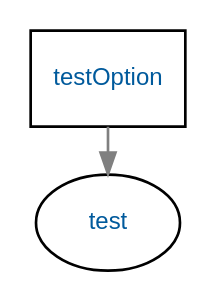
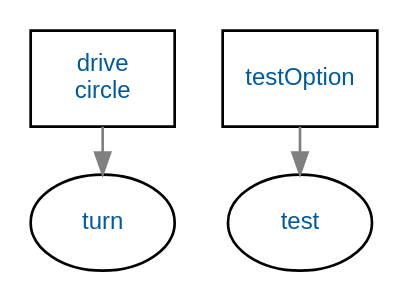
One commit to mrtndwrd/crax changed the diagram in JavaXabslImplementation/xabslTeam/xabsl-doc/svg/options.dot. Above: the diagram before and after it, drawn with Graphviz. The commit also changed 23 other files, not shown here.

```diff
--- a/JavaXabslImplementation/xabslTeam/xabsl-doc/svg/options.dot
+++ b/JavaXabslImplementation/xabslTeam/xabsl-doc/svg/options.dot
@@ -1,1 +1,1 @@
-digraph g {compound="true";bgcolor="";fontcolor="";fontname="";fontsize="";label="";margin="";nodesep="";rankdir="";ranksep="";ratio="";size="";node[label="testOption", color="",fillcolor="#FFFFFF",fixedsize="",fontcolor="#005A9C",fontname="Arial",fontsize="9",height="",shape="box",style="filled",URL="option.testOption.html",width="",] {option_testOption};node[label="test", color="",fillcolor="#FFFFFF",fixedsize="",fontcolor="#005A9C",fontname="Arial",fontsize="9",height="",shape="",style="filled",URL="basic-behaviors.my_basic_behaviors.html#test",width="",] {basic_behavior_test};edge[arrowhead="",arrowsize="0.8",arrowtail="",constraint="",color="#808080",decorate="",dir="",fontcolor="",fontname="",fontsize="",headlabel="",headport="",label="",labeldistance="",labelfloat="",labelfontcolor="",labelfontname="",labelfontsize="",minlen="",samehead="",sametail="",style="",taillabel="",tailport="",URL="",lhead="",ltail=""] option_testOption -> basic_behavior_test;}
+digraph g {compound="true";bgcolor="";fontcolor="";fontname="";fontsize="";label="";margin="";nodesep="";rankdir="";ranksep="";ratio="";size="";node[label="drive\ncircle", color="",fillcolor="#FFFFFF",fixedsize="",fontcolor="#005A9C",fontname="Arial",fontsize="9",height="",shape="box",style="filled",URL="option.drive_circle.html",width="",] {option_drive_circle};node[label="turn", color="",fillcolor="#FFFFFF",fixedsize="",fontcolor="#005A9C",fontname="Arial",fontsize="9",height="",shape="",style="filled",URL="basic-behaviors.my_basic_behaviors.html#turn",width="",] {basic_behavior_turn};node[label="testOption", color="",fillcolor="#FFFFFF",fixedsize="",fontcolor="#005A9C",fontname="Arial",fontsize="9",height="",shape="box",style="filled",URL="option.testOption.html",width="",] {option_testOption};node[label="test", color="",fillcolor="#FFFFFF",fixedsize="",fontcolor="#005A9C",fontname="Arial",fontsize="9",height="",shape="",style="filled",URL="basic-behaviors.my_basic_behaviors.html#test",width="",] {basic_behavior_test};edge[arrowhead="",arrowsize="0.8",arrowtail="",constraint="",color="#808080",decorate="",dir="",fontcolor="",fontname="",fontsize="",headlabel="",headport="",label="",labeldistance="",labelfloat="",labelfontcolor="",labelfontname="",labelfontsize="",minlen="",samehead="",sametail="",style="",taillabel="",tailport="",URL="",lhead="",ltail=""] option_drive_circle -> basic_behavior_turn;edge[arrowhead="",arrowsize="0.8",arrowtail="",constraint="",color="#808080",decorate="",dir="",fontcolor="",fontname="",fontsize="",headlabel="",headport="",label="",labeldistance="",labelfloat="",labelfontcolor="",labelfontname="",labelfontsize="",minlen="",samehead="",sametail="",style="",taillabel="",tailport="",URL="",lhead="",ltail=""] option_testOption -> basic_behavior_test;}
```
